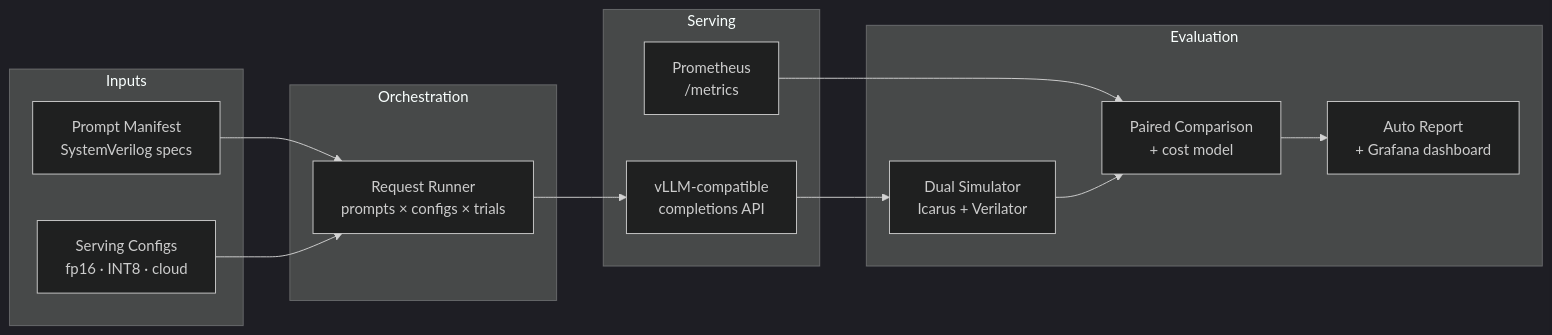
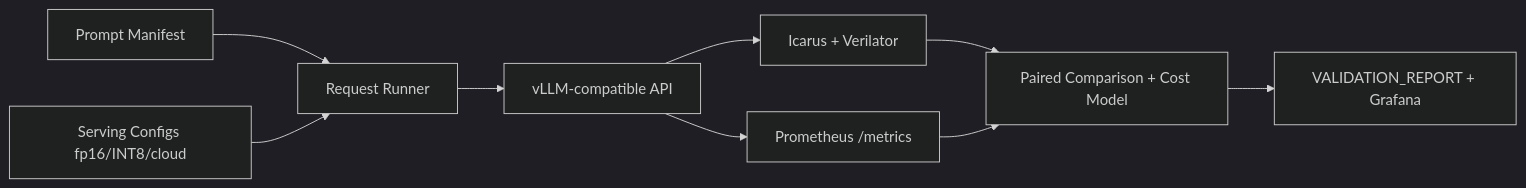
One commit to ArchanaChetan07/chip-design-llm-eval changed the first of 4 diagrams in README.md. Above: the diagram before and after it, drawn with Mermaid (dark theme). The commit also changed other lines of this file, not shown here.

Commit message:
docs: FAANG-ready professional README with diagrams and verified metrics

````diff
--- a/README.md
+++ b/README.md
@@ -59,30 +28,11 @@
 ```mermaid
 flowchart LR
-  subgraph Inputs
-    P[Prompt Manifest<br/>SystemVerilog specs]
-    C[Serving Configs<br/>fp16 · INT8 · cloud]
-  end
-
-  subgraph Orchestration
-    R[Request Runner<br/>prompts × configs × trials]
-  end
-
-  subgraph Serving
-    V[vLLM-compatible<br/>completions API]
-    M[Prometheus<br/>/metrics]
-  end
-
-  subgraph Evaluation
-    S[Dual Simulator<br/>Icarus + Verilator]
-    A[Paired Comparison<br/>+ cost model]
-    G[Auto Report<br/>+ Grafana dashboard]
-  end
-
-  P --> R
-  C --> R
-  R --> V
-  V --> S
+  P[Prompt Manifest] --> R[Request Runner]
+  C[Serving Configs fp16/INT8/cloud] --> R
+  R --> V[vLLM-compatible API]
+  V --> S[Icarus + Verilator]
+  V --> M[Prometheus /metrics]
+  S --> A[Paired Comparison + Cost Model]
   M --> A
-  S --> A
-  A --> G
+  A --> G[VALIDATION_REPORT + Grafana]
 ```
````
